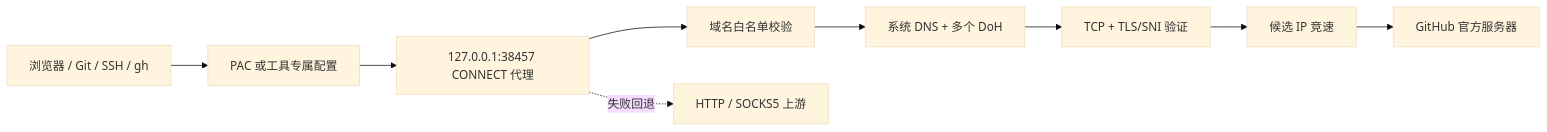
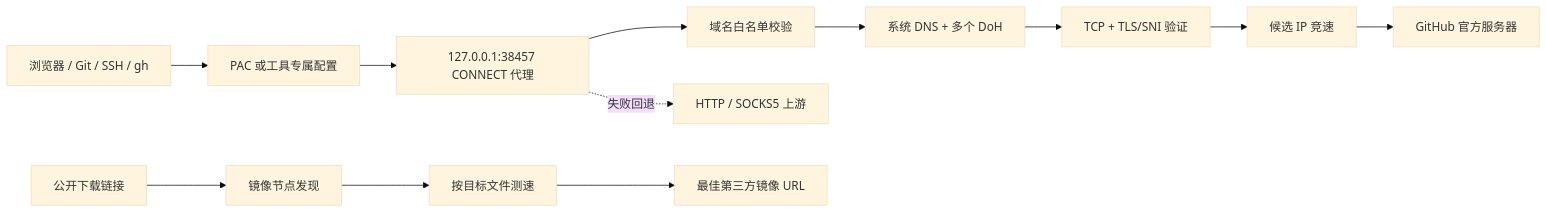
The diagram in README.md (hylf2/github-link), drawn with Mermaid (base theme) before and after one commit. The commit also changed other lines of this file and 21 other files, not shown here.

````diff
--- a/README.md
+++ b/README.md
@@ -31,11 +32,14 @@
 ```mermaid
 flowchart LR
     A["浏览器 / Git / SSH / gh"] --> B["PAC 或工具专属配置"]
     B --> C["127.0.0.1:38457 CONNECT 代理"]
     C --> D["域名白名单校验"]
     D --> E["系统 DNS + 多个 DoH"]
     E --> F["TCP + TLS/SNI 验证"]
     F --> G["候选 IP 竞速"]
     G --> H["GitHub 官方服务器"]
     C -.失败回退.-> I["HTTP / SOCKS5 上游"]
+    J["公开下载链接"] --> K["镜像节点发现"]
+    K --> L["按目标文件测速"]
+    L --> M["最佳第三方镜像 URL"]
 ```
````
